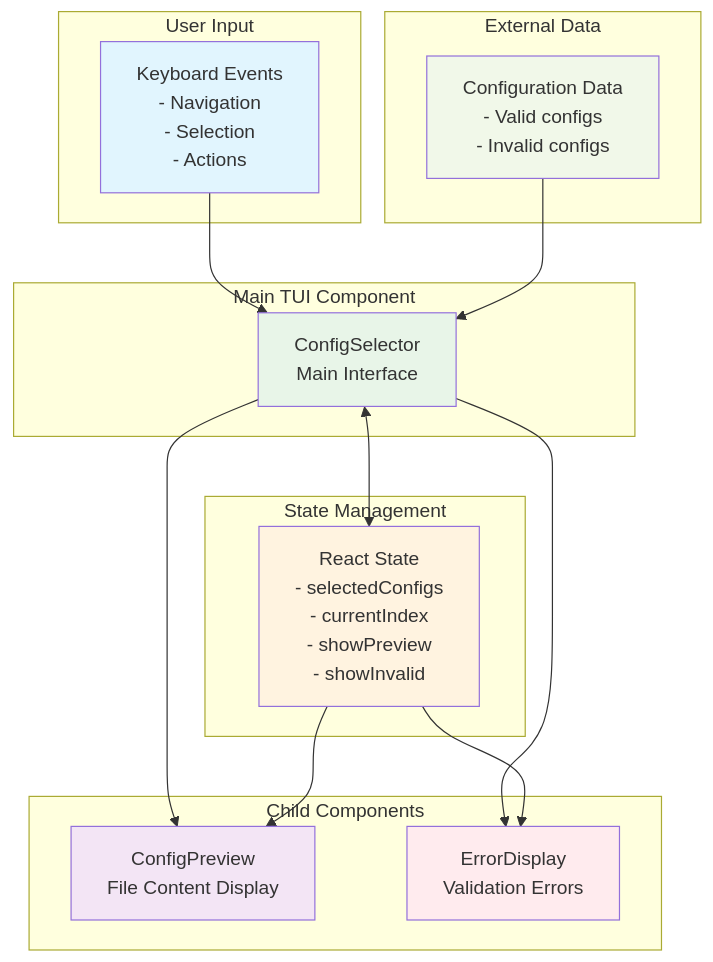
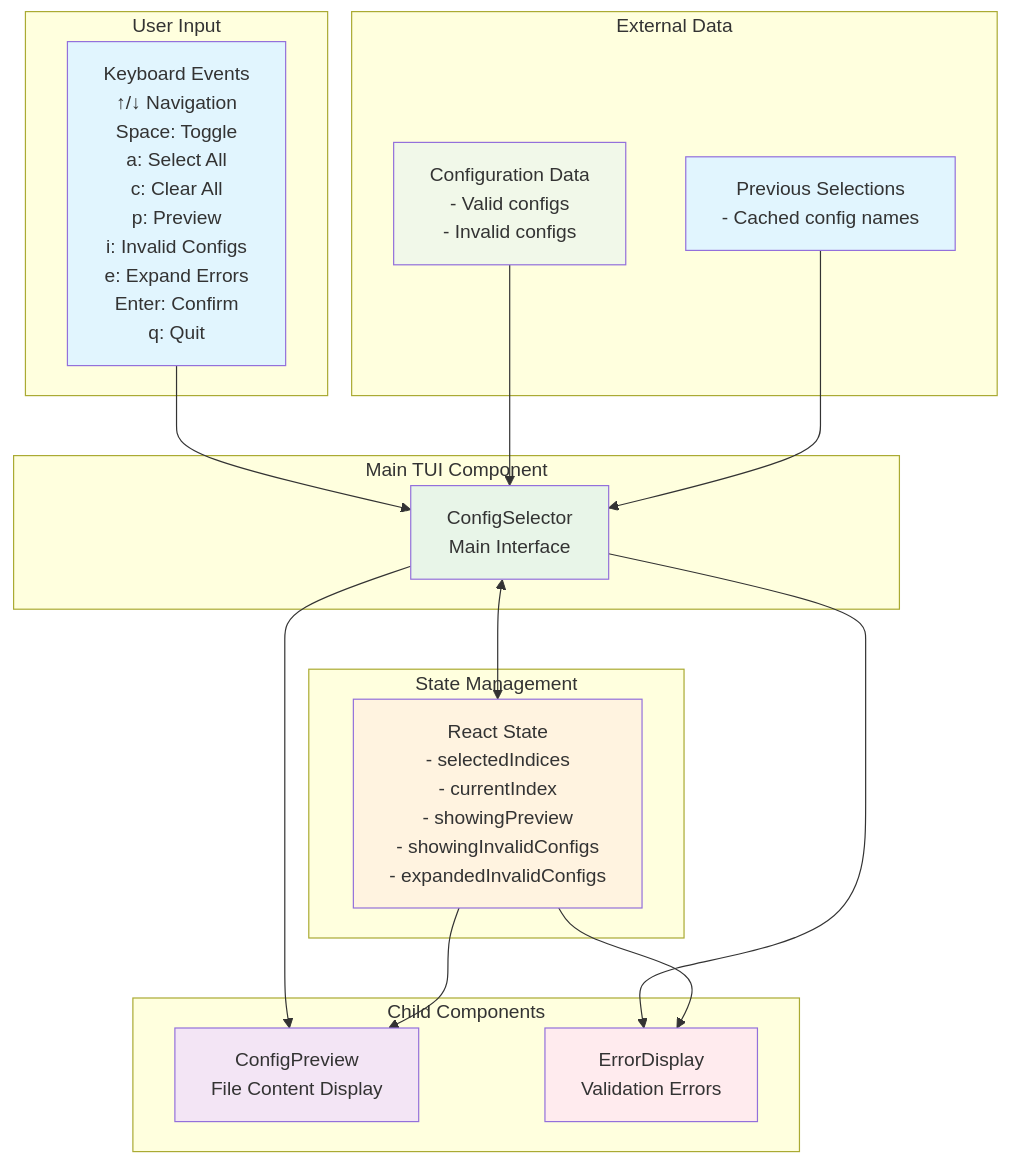
The fifth of 14 diagrams in specs/diagrams.md (gsong/ccmcp), drawn with Mermaid before and after one commit. The commit also changed other lines of this file and 8 other files, not shown here.

````diff
--- a/specs/diagrams.md
+++ b/specs/diagrams.md
@@ -169,38 +205,41 @@
 ```mermaid
 graph TD
     subgraph "Main TUI Component"
         ConfigSelector[ConfigSelector<br/>Main Interface]
     end
 
     subgraph "State Management"
-        State[React State<br/>- selectedConfigs<br/>- currentIndex<br/>- showPreview<br/>- showInvalid]
+        State[React State<br/>- selectedIndices<br/>- currentIndex<br/>- showingPreview<br/>- showingInvalidConfigs<br/>- expandedInvalidConfigs]
     end
 
     subgraph "Child Components"
         Preview[ConfigPreview<br/>File Content Display]
         ErrorDisplay[ErrorDisplay<br/>Validation Errors]
     end
 
     subgraph "User Input"
-        Keyboard[Keyboard Events<br/>- Navigation<br/>- Selection<br/>- Actions]
+        Keyboard[Keyboard Events<br/>↑/↓ Navigation<br/>Space: Toggle<br/>a: Select All<br/>c: Clear All<br/>p: Preview<br/>i: Invalid Configs<br/>e: Expand Errors<br/>Enter: Confirm<br/>q: Quit]
     end
 
     subgraph "External Data"
         Configs[Configuration Data<br/>- Valid configs<br/>- Invalid configs]
+        Cache[Previous Selections<br/>- Cached config names]
     end
 
     ConfigSelector <--> State
     ConfigSelector --> Preview
     ConfigSelector --> ErrorDisplay
     Keyboard --> ConfigSelector
     Configs --> ConfigSelector
+    Cache --> ConfigSelector
     State --> Preview
     State --> ErrorDisplay
 
     style ConfigSelector fill:#e8f5e8
     style State fill:#fff3e0
     style Preview fill:#f3e5f5
     style ErrorDisplay fill:#ffebee
     style Keyboard fill:#e1f5fe
     style Configs fill:#f1f8e9
+    style Cache fill:#e1f5fe
 ```
````
